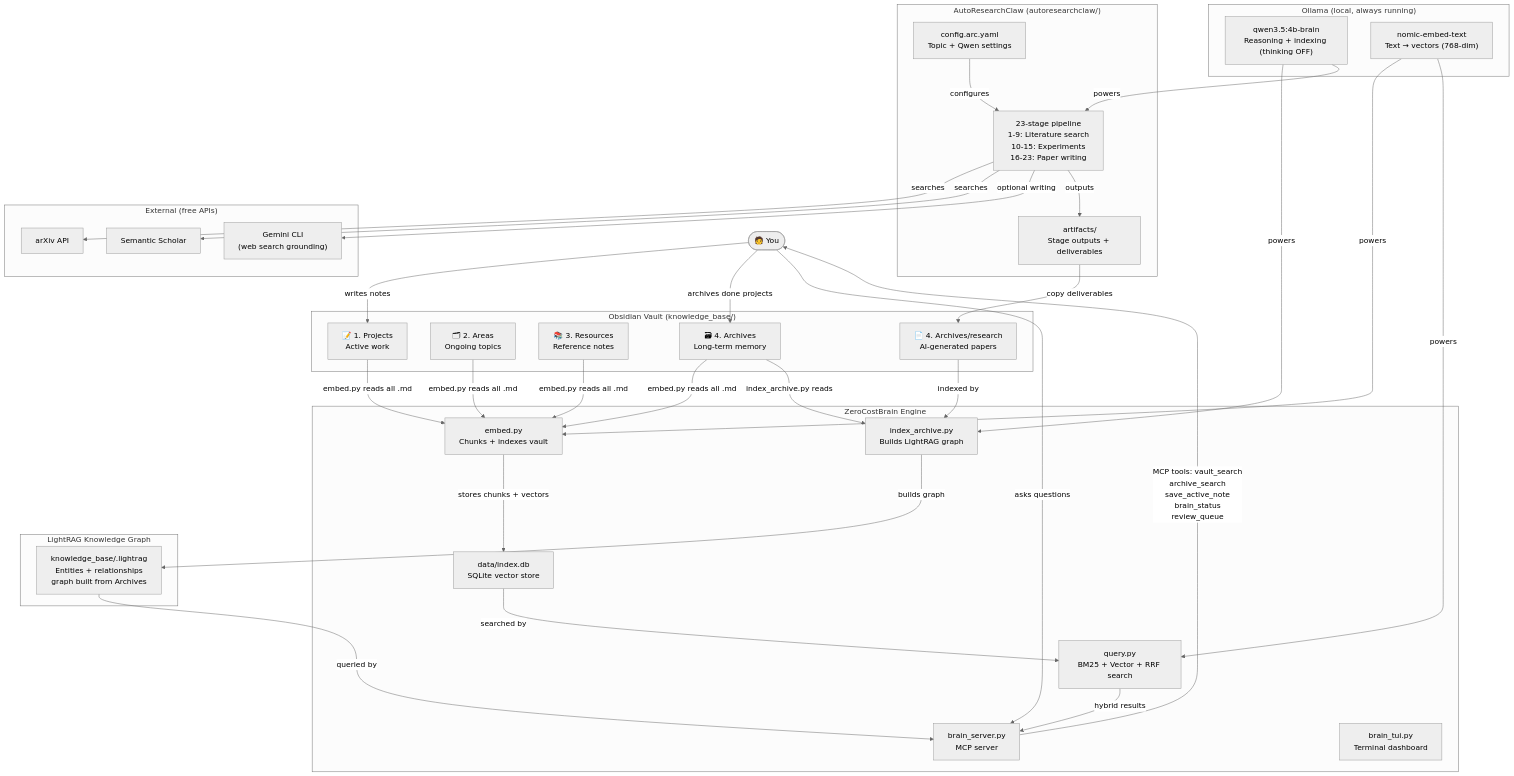
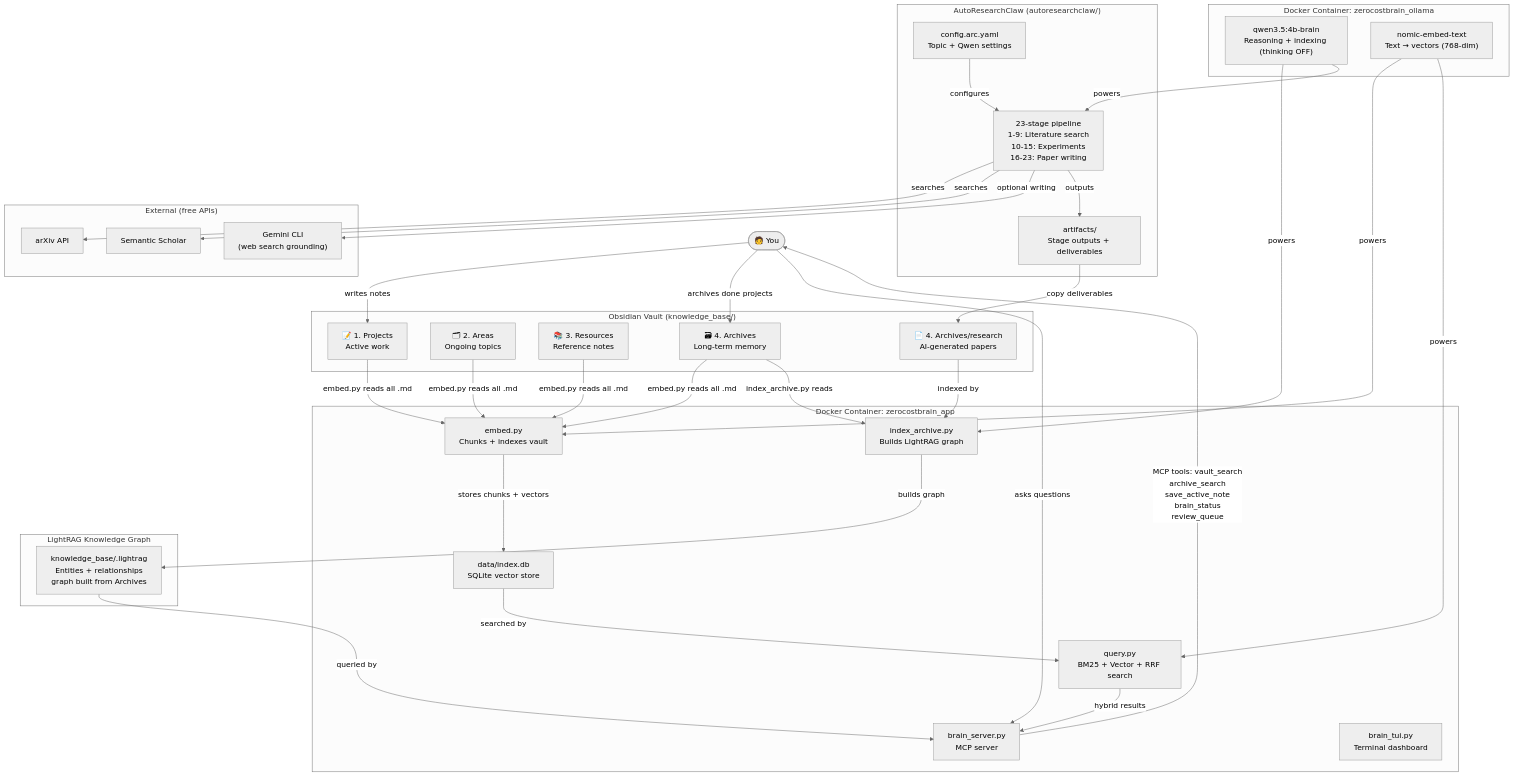
The first of 3 diagrams in docs/System_Architecture.md (asiriji-lab/Personal-ai-archive), drawn with Mermaid (neutral theme) before and after one commit. The commit also changed 10 other files, not shown here.

````diff
--- a/docs/System_Architecture.md
+++ b/docs/System_Architecture.md
@@ -5,71 +5,71 @@
 ```mermaid
 graph TB
     YOU([🧑 You])
 
     subgraph OBSIDIAN["Obsidian Vault (knowledge_base/)"]
         T1["📝 1. Projects\nActive work"]
         T2["🗂 2. Areas\nOngoing topics"]
         T3["📚 3. Resources\nReference notes"]
         T4["🗃 4. Archives\nLong-term memory"]
         T4R["📄 4. Archives/research\nAI-generated papers"]
     end
 
-    subgraph ENGINE["ZeroCostBrain Engine"]
+    subgraph DOCKER_ENGINE["Docker Container: zerocostbrain_app"]
         EMB["embed.py\nChunks + indexes vault"]
         QRY["query.py\nBM25 + Vector + RRF search"]
         IDX["index_archive.py\nBuilds LightRAG graph"]
         SRV["brain_server.py\nMCP server"]
         TUI["brain_tui.py\nTerminal dashboard"]
         DB["data/index.db\nSQLite vector store"]
     end
 
-    subgraph OLLAMA["Ollama (local, always running)"]
+    subgraph DOCKER_OLLAMA["Docker Container: zerocostbrain_ollama"]
         QWEN["qwen3.5:4b-brain\nReasoning + indexing (thinking OFF)"]
         NOMIC["nomic-embed-text\nText → vectors (768-dim)"]
     end
 
     subgraph LIGHTRAG["LightRAG Knowledge Graph"]
         KG["knowledge_base/.lightrag\nEntities + relationships\ngraph built from Archives"]
     end
 
     subgraph ARC["AutoResearchClaw (autoresearchclaw/)"]
         CONFIG["config.arc.yaml\nTopic + Qwen settings"]
         PIPE["23-stage pipeline\n1-9: Literature search\n10-15: Experiments\n16-23: Paper writing"]
         ART["artifacts/\nStage outputs + deliverables"]
     end
 
     subgraph EXTERNAL["External (free APIs)"]
         ARXIV["arXiv API"]
         S2["Semantic Scholar"]
         GEMINI["Gemini CLI\n(web search grounding)"]
     end
 
     YOU -->|"writes notes"| T1
     YOU -->|"archives done projects"| T4
     YOU -->|"asks questions"| SRV
 
     T1 & T2 & T3 & T4 -->|"embed.py reads all .md"| EMB
     EMB -->|"stores chunks + vectors"| DB
     DB -->|"searched by"| QRY
 
     T4 -->|"index_archive.py reads"| IDX
     IDX -->|"builds graph"| KG
     KG -->|"queried by"| SRV
 
     QRY -->|"hybrid results"| SRV
     SRV -->|"MCP tools: vault_search\narchive_search\nsave_active_note\nbrain_status\nreview_queue"| YOU
 
     QWEN -->|"powers"| IDX
     QWEN -->|"powers"| PIPE
     NOMIC -->|"powers"| EMB
     NOMIC -->|"powers"| QRY
 
     CONFIG -->|"configures"| PIPE
     PIPE -->|"searches"| ARXIV
     PIPE -->|"searches"| S2
     PIPE -->|"optional writing"| GEMINI
     PIPE -->|"outputs"| ART
 
     ART -->|"copy deliverables"| T4R
     T4R -->|"indexed by"| IDX
 ```
````
